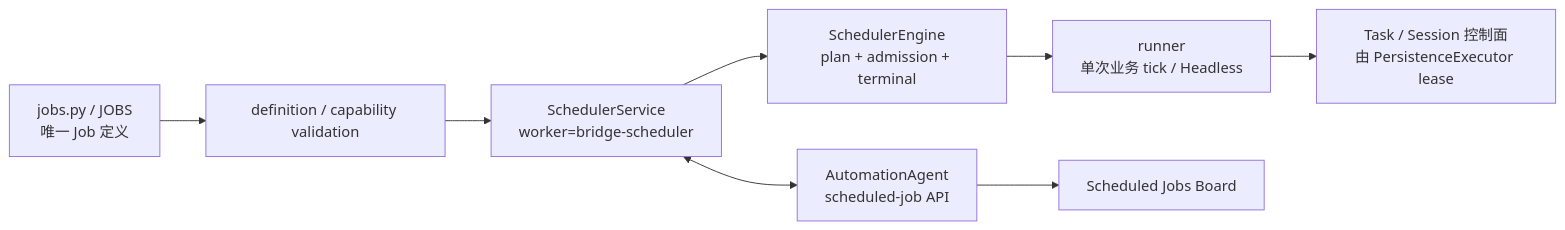
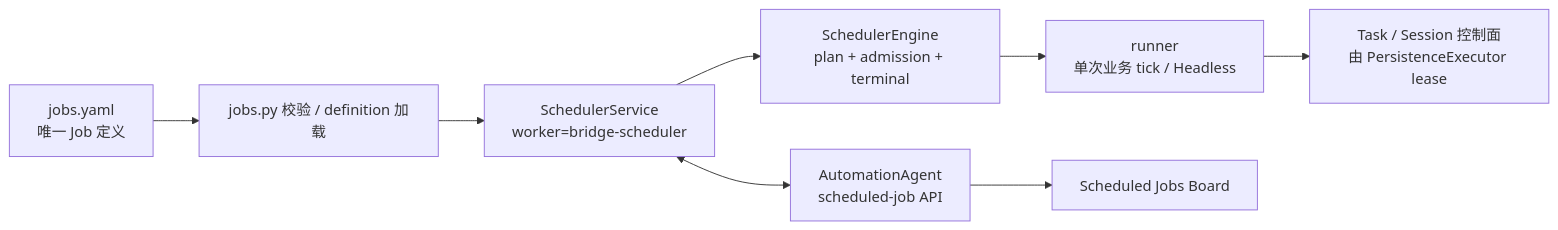
Before and after one commit to aliyun/terraform-provider-alicloud: the diagram in docs/superpowers/specs/2026-07-20-bridge-scheduler-refactor-design.md, drawn with Mermaid. The commit also changed other lines of this file and 33 other files, not shown here.

````diff
--- a/docs/superpowers/specs/2026-07-20-bridge-scheduler-refactor-design.md
+++ b/docs/superpowers/specs/2026-07-20-bridge-scheduler-refactor-design.md
@@ -23,10 +23,10 @@
 ```mermaid
 flowchart LR
-  Y["jobs.py / JOBS\n唯一 Job 定义"] --> R["definition / capability validation"]
+  Y["jobs.yaml\n唯一 Job 定义"] --> R["jobs.py 校验 / definition 加载"]
   R --> S["SchedulerService\nworker=bridge-scheduler"]
   S --> E["SchedulerEngine\nplan + admission + terminal"]
   E --> X["runner\n单次业务 tick / Headless"]
   X --> T["Task / Session 控制面\n由 PersistenceExecutor lease"]
   S <--> CP["AutomationAgent\nscheduled-job API"]
   CP --> B["Scheduled Jobs Board"]
 ```
````
